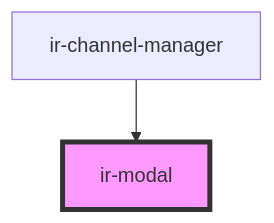
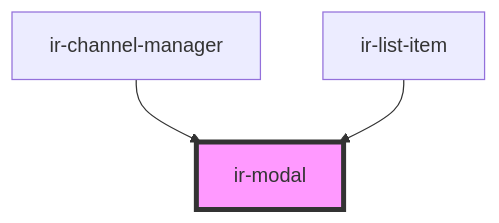
Before and after one commit to freddynasr/ir-webcmp: the diagram in src/components/ir-modal/readme.md, drawn with Mermaid. The commit also changed other lines of this file and 13 other files, not shown here.

````diff
--- a/src/components/ir-modal/readme.md
+++ b/src/components/ir-modal/readme.md
@@ -45,5 +53,6 @@
 ```mermaid
 graph TD;
   ir-channel-manager --> ir-modal
+  ir-list-item --> ir-modal
   style ir-modal fill:#f9f,stroke:#333,stroke-width:4px
 ```
````
